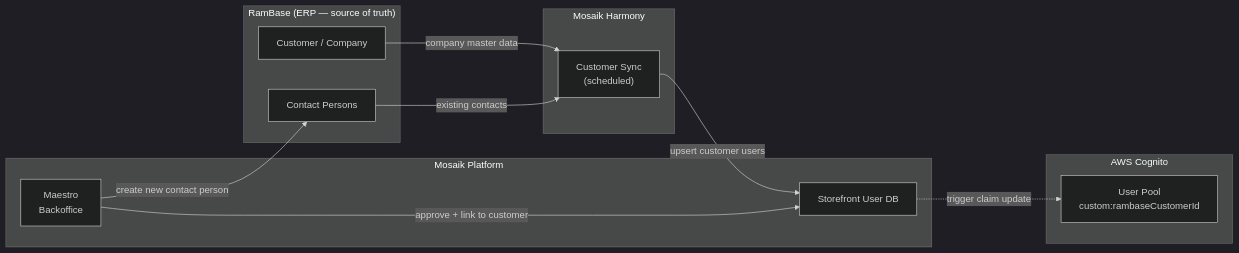
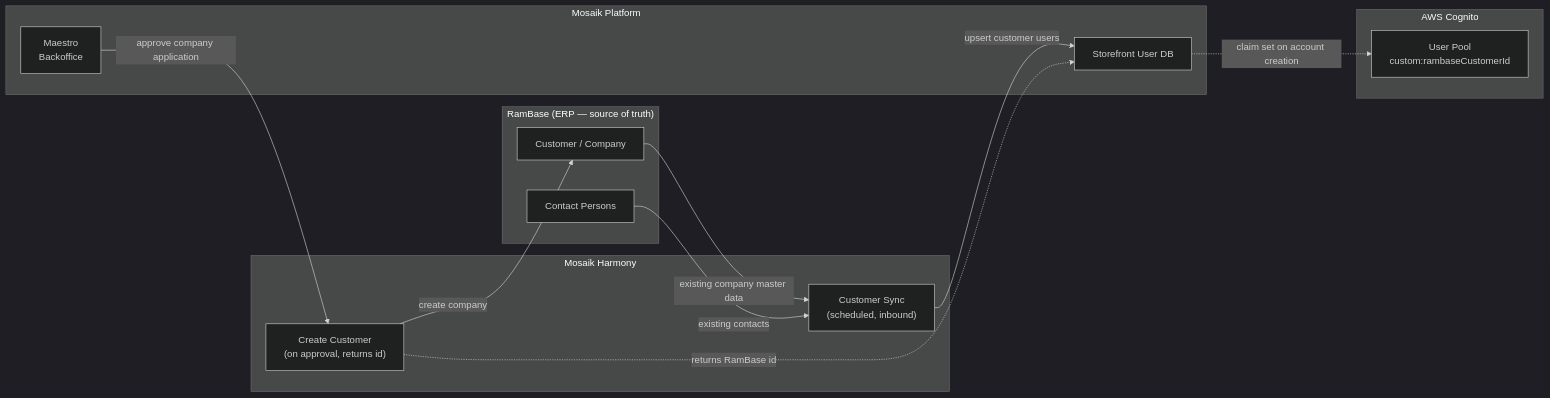
The second of 2 diagrams in docs/flows-customer-sync.md (kairs/pretec-spec), drawn with Mermaid (dark theme) before and after one commit. The commit also changed other lines of this file and 7 other files, not shown here.

````diff
--- a/docs/flows-customer-sync.md
+++ b/docs/flows-customer-sync.md
@@ -48,30 +62,32 @@
 ```mermaid
 flowchart LR
     subgraph RB["RamBase (ERP — source of truth)"]
         rb_cust["Customer / Company"]
         rb_contact["Contact Persons"]
     end
 
     subgraph H["Mosaik Harmony"]
-        h_sync["Customer Sync\n(scheduled)"]
+        h_sync["Customer Sync\n(scheduled, inbound)"]
+        h_create["Create Customer\n(on approval, returns id)"]
     end
 
     subgraph MP["Mosaik Platform"]
         maestro["Maestro\nBackoffice"]
         sf_db["Storefront User DB"]
     end
 
     subgraph AWS["AWS Cognito"]
         cognito["User Pool\ncustom:rambaseCustomerId"]
     end
 
-    %% ── Direction 1: RamBase → Mosaik (Harmony sync) ──────────────────
-    rb_cust -->|"company master data"| h_sync
+    %% ── Direction 1: RamBase → Mosaik (scheduled inbound sync) ─────────
+    rb_cust -->|"existing company master data"| h_sync
     rb_contact -->|"existing contacts"| h_sync
     h_sync -->|"upsert customer users"| sf_db
 
-    %% ── Direction 2: Mosaik → RamBase (on approval) ───────────────────
-    maestro -->|"approve + link to customer"| sf_db
-    maestro -->|"create new contact person"| rb_contact
-    sf_db -.->|"trigger claim update"| cognito
+    %% ── Direction 2: Mosaik → RamBase (new company on approval) ────────
+    maestro -->|"approve company application"| h_create
+    h_create -->|"create company"| rb_cust
+    h_create -.->|"returns RamBase id"| sf_db
+    sf_db -.->|"claim set on account creation"| cognito
 ```
````
